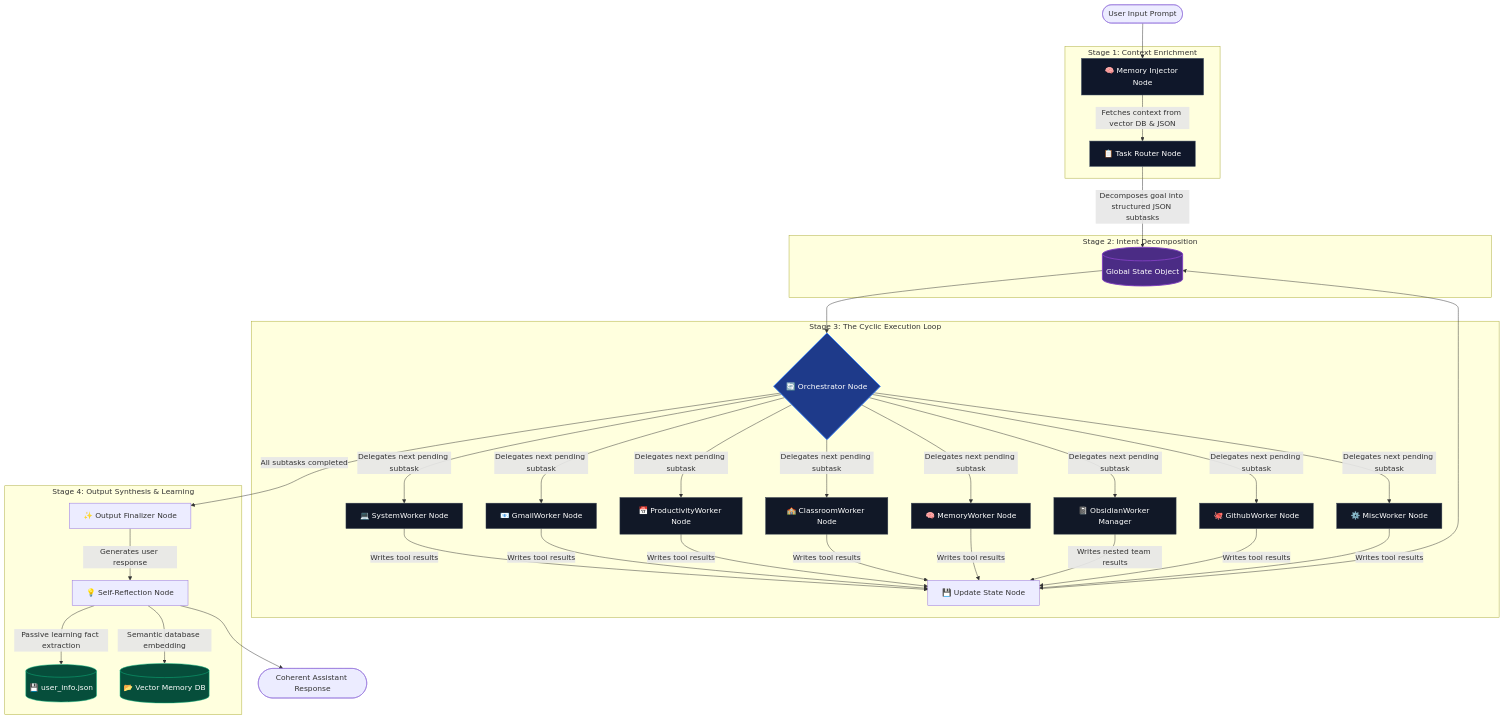
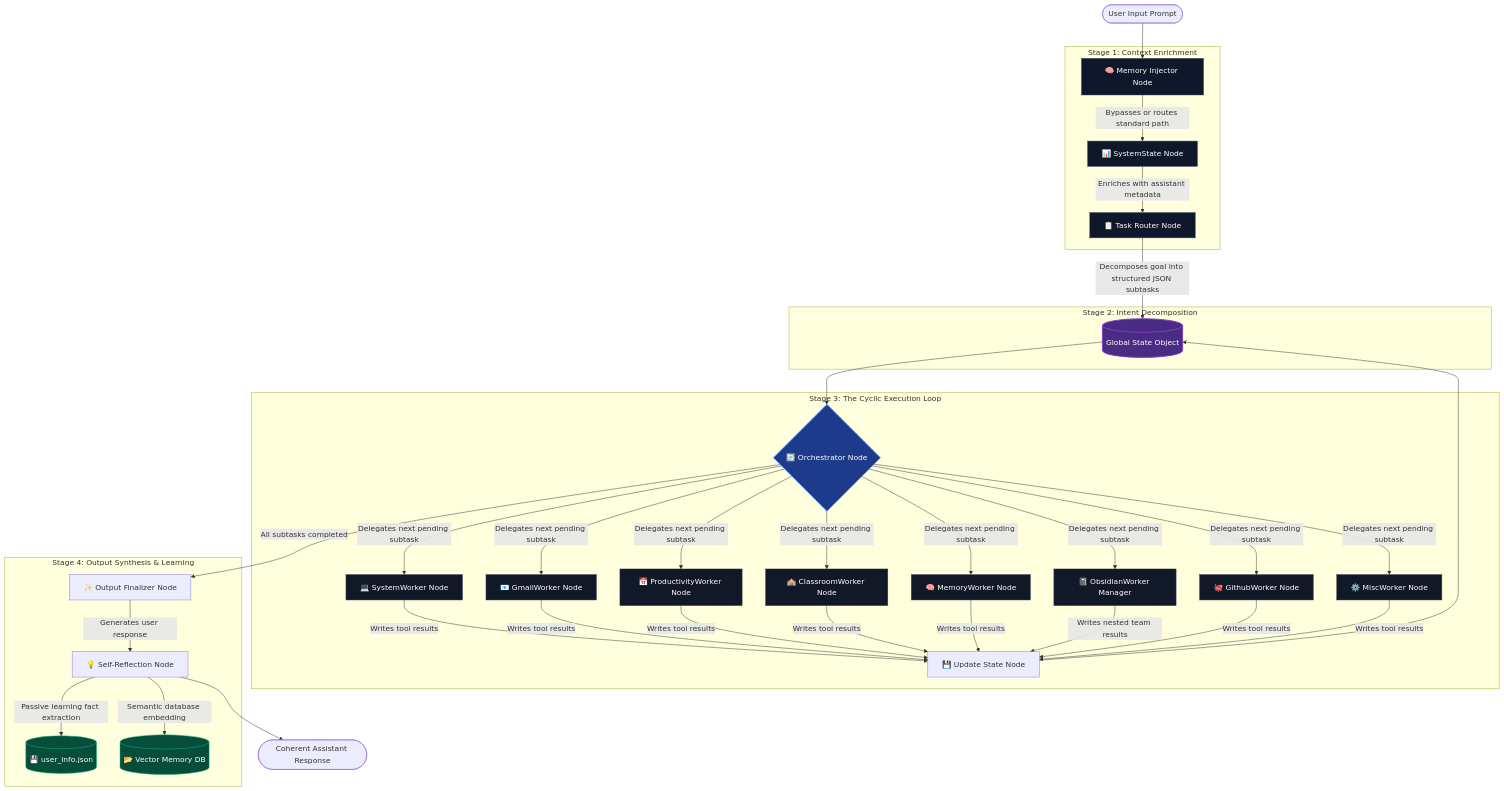
One commit to PrithvirajSinghChauhan8444/AI-Personal-Assistant-Backend changed the first of 2 diagrams in README.md. Above: the diagram before and after it, drawn with Mermaid. The commit also changed other lines of this file and 2 other files, not shown here.

Commit message:
refactor: upgrade agent state with reducers, add SystemState node, and implement dynamic worker registry for modular execution

````diff
--- a/README.md
+++ b/README.md
@@ -15,67 +15,69 @@
 ```mermaid
 graph TD
     %% Entry Point
     Start([User Input Prompt]) --> N_Inject["🧠 Memory Injector Node"]
   
     subgraph Stage 1: Context Enrichment
-        N_Inject -->|Fetches context from vector DB & JSON| N_Route["📋 Task Router Node"]
+        N_Inject -->|Bypasses or routes standard path| N_SysState["📊 SystemState Node"]
+        N_SysState -->|Enriches with assistant metadata| N_Route["📋 Task Router Node"]
     end
   
     subgraph Stage 2: Intent Decomposition
         N_Route -->|Decomposes goal into structured JSON subtasks| State[(Global State Object)]
     end
   
     subgraph Stage 3: The Cyclic Execution Loop
         State --> N_Orch{"🔄 Orchestrator Node"}
       
         %% Worker Mappings
         N_Orch -->|Delegates next pending subtask| W_System["💻 SystemWorker Node"]
         N_Orch -->|Delegates next pending subtask| W_Gmail["📧 GmailWorker Node"]
         N_Orch -->|Delegates next pending subtask| W_Prod["📅 ProductivityWorker Node"]
         N_Orch -->|Delegates next pending subtask| W_Class["🏫 ClassroomWorker Node"]
         N_Orch -->|Delegates next pending subtask| W_Mem["🧠 MemoryWorker Node"]
         N_Orch -->|Delegates next pending subtask| W_Obs["📓 ObsidianWorker Manager"]
         N_Orch -->|Delegates next pending subtask| W_Git["🐙 GithubWorker Node"]
         N_Orch -->|Delegates next pending subtask| W_Misc["⚙️ MiscWorker Node"]
       
         %% Worker updates
         W_System -->|Writes tool results| N_Update["💾 Update State Node"]
         W_Gmail -->|Writes tool results| N_Update
         W_Prod -->|Writes tool results| N_Update
         W_Class -->|Writes tool results| N_Update
         W_Mem -->|Writes tool results| N_Update
         W_Obs -->|Writes nested team results| N_Update
         W_Git -->|Writes tool results| N_Update
         W_Misc -->|Writes tool results| N_Update
       
         N_Update --> State
     end
   
     subgraph Stage 4: Output Synthesis & Learning
         N_Orch -->|All subtasks completed| N_Final["✨ Output Finalizer Node"]
         N_Final -->|Generates user response| N_Reflect["💡 Self-Reflection Node"]
       
         %% Passive Learning Links
         N_Reflect -->|Passive learning fact extraction| DB_JSON[("💾 user_info.json")]
         N_Reflect -->|Semantic database embedding| DB_Vector[("📂 Vector Memory DB")]
     end
 
     %% Final Output
     N_Reflect --> End([Coherent Assistant Response])
 
     %% Diagram Styling
     style State fill:#4b2c85,stroke:#7f3fbf,stroke-width:2px,color:#fff
     style N_Orch fill:#1e3a8a,stroke:#3b82f6,stroke-width:2px,color:#fff
     style N_Inject fill:#0f172a,stroke:#475569,stroke-width:1px,color:#fff
+    style N_SysState fill:#0f172a,stroke:#475569,stroke-width:1px,color:#fff
     style N_Route fill:#0f172a,stroke:#475569,stroke-width:1px,color:#fff
     style W_System fill:#111827,stroke:#374151,stroke-width:1px,color:#fff
     style W_Gmail fill:#111827,stroke:#374151,stroke-width:1px,color:#fff
     style W_Prod fill:#111827,stroke:#374151,stroke-width:1px,color:#fff
     style W_Class fill:#111827,stroke:#374151,stroke-width:1px,color:#fff
     style W_Mem fill:#111827,stroke:#374151,stroke-width:1px,color:#fff
     style W_Obs fill:#111827,stroke:#374151,stroke-width:1px,color:#fff
     style W_Git fill:#111827,stroke:#374151,stroke-width:1px,color:#fff
     style W_Misc fill:#111827,stroke:#374151,stroke-width:1px,color:#fff
     style DB_JSON fill:#064e3b,stroke:#10b981,stroke-width:1px,color:#fff
     style DB_Vector fill:#064e3b,stroke:#10b981,stroke-width:1px,color:#fff
 ```
````
